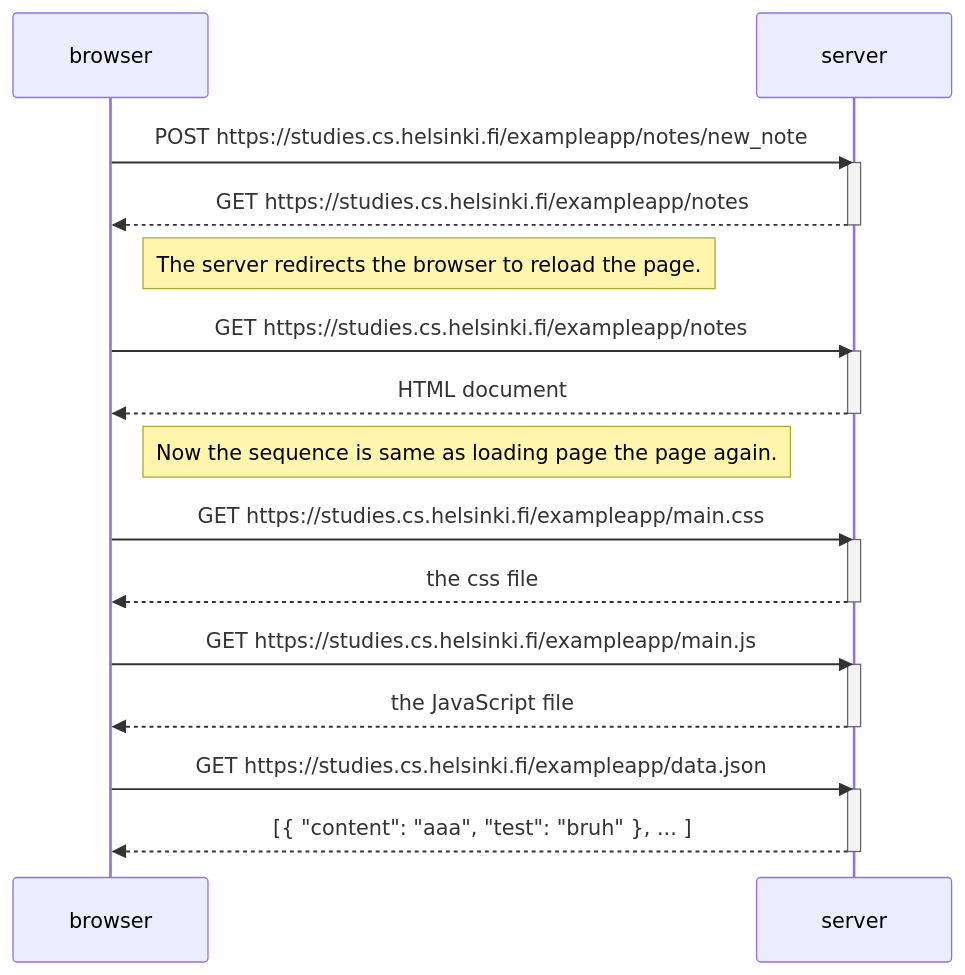
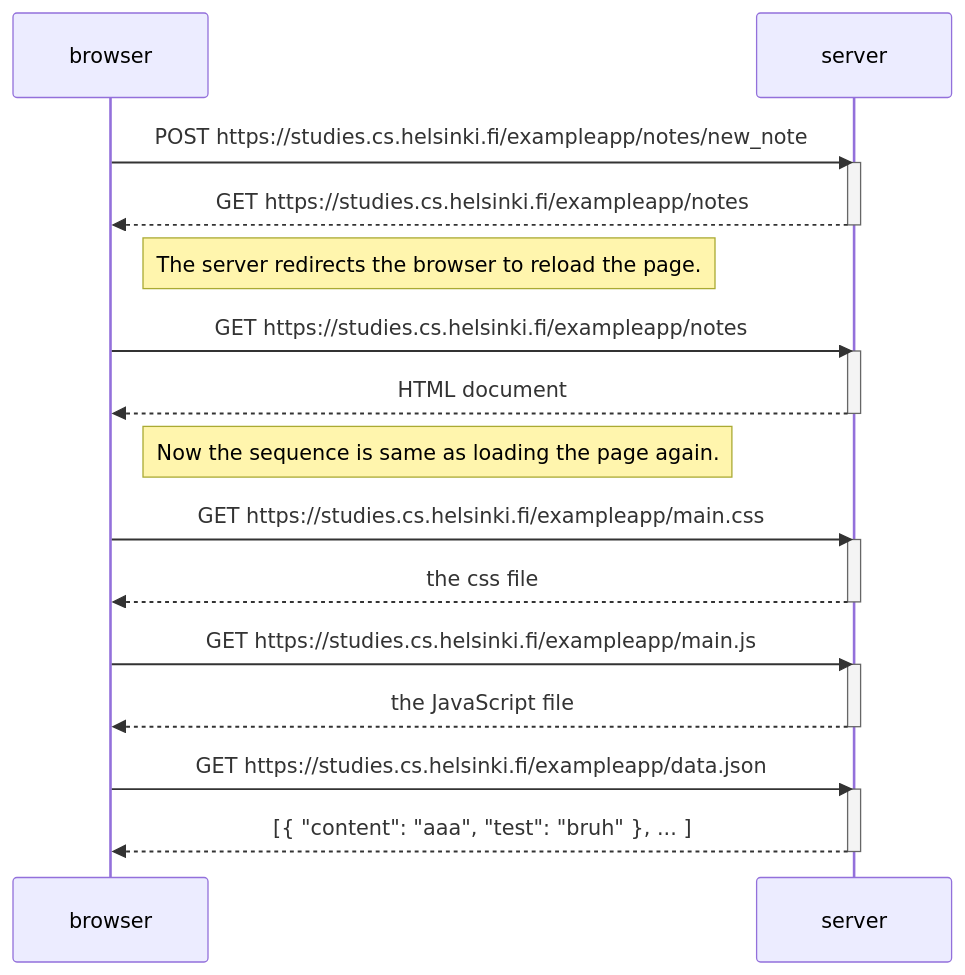
Before and after one commit to jussiiih/Full-Stack-Open: the diagram in osa0/0.4: uusi muistiinpano.md, drawn with Mermaid.

Commit message:
Update 0.4: uusi muistiinpano.md

````diff
--- a/osa0/0.4: uusi muistiinpano.md
+++ b/osa0/0.4: uusi muistiinpano.md
@@ -1,34 +1,34 @@
 ```mermaid
 sequenceDiagram
     participant browser
     participant server
 
     browser->>server: POST https://studies.cs.helsinki.fi/exampleapp/notes/new_note
     activate server
     server-->>browser: GET https://studies.cs.helsinki.fi/exampleapp/notes
     deactivate server
 
     Note right of browser: The server redirects the browser to reload the page.  
     
     browser->>server: GET https://studies.cs.helsinki.fi/exampleapp/notes
     activate server
     server-->>browser: HTML document
     deactivate server
     
-    Note right of browser: Now the sequence is same as loading page the page again.
+    Note right of browser: Now the sequence is same as loading the page again.
     
     browser->>server: GET https://studies.cs.helsinki.fi/exampleapp/main.css
     activate server
     server-->>browser: the css file
     deactivate server
     
     browser->>server: GET https://studies.cs.helsinki.fi/exampleapp/main.js
     activate server
     server-->>browser: the JavaScript file
     deactivate server
   
     browser->>server: GET https://studies.cs.helsinki.fi/exampleapp/data.json
     activate server
     server-->>browser: [{ "content": "aaa", "test": "bruh" }, ... ]
     deactivate server
 ```
````
